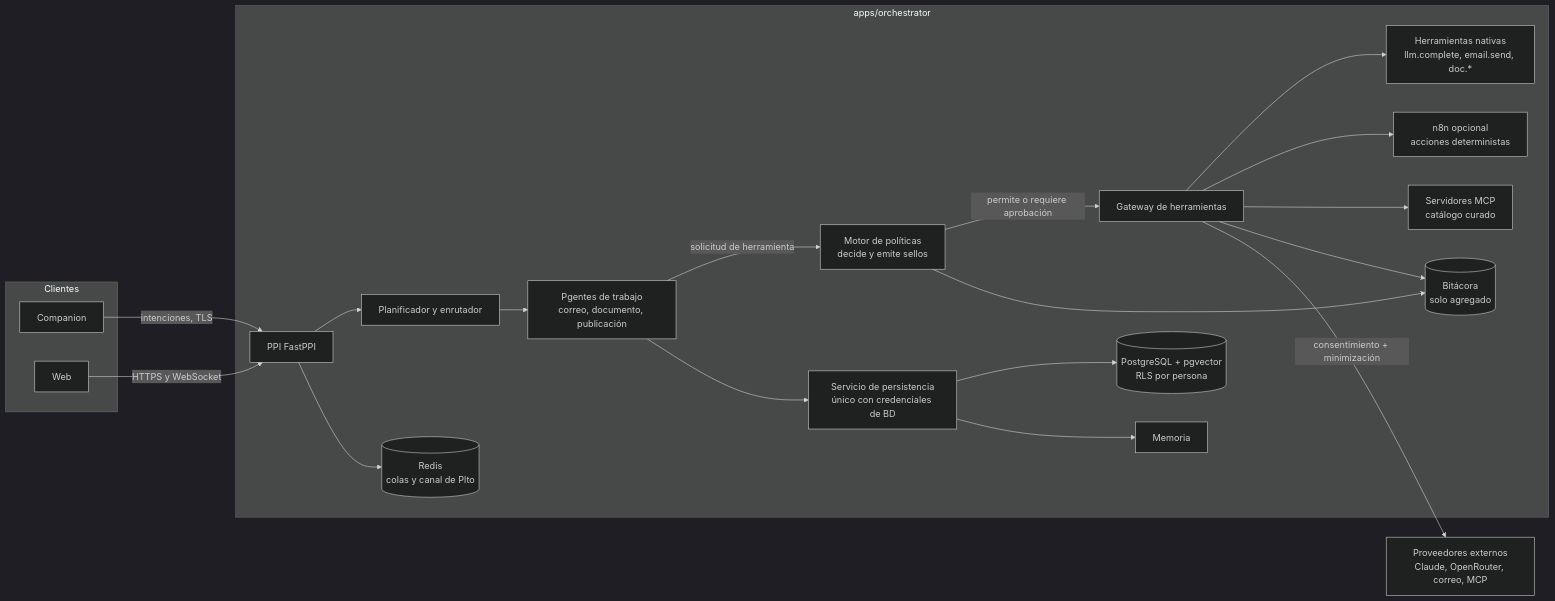
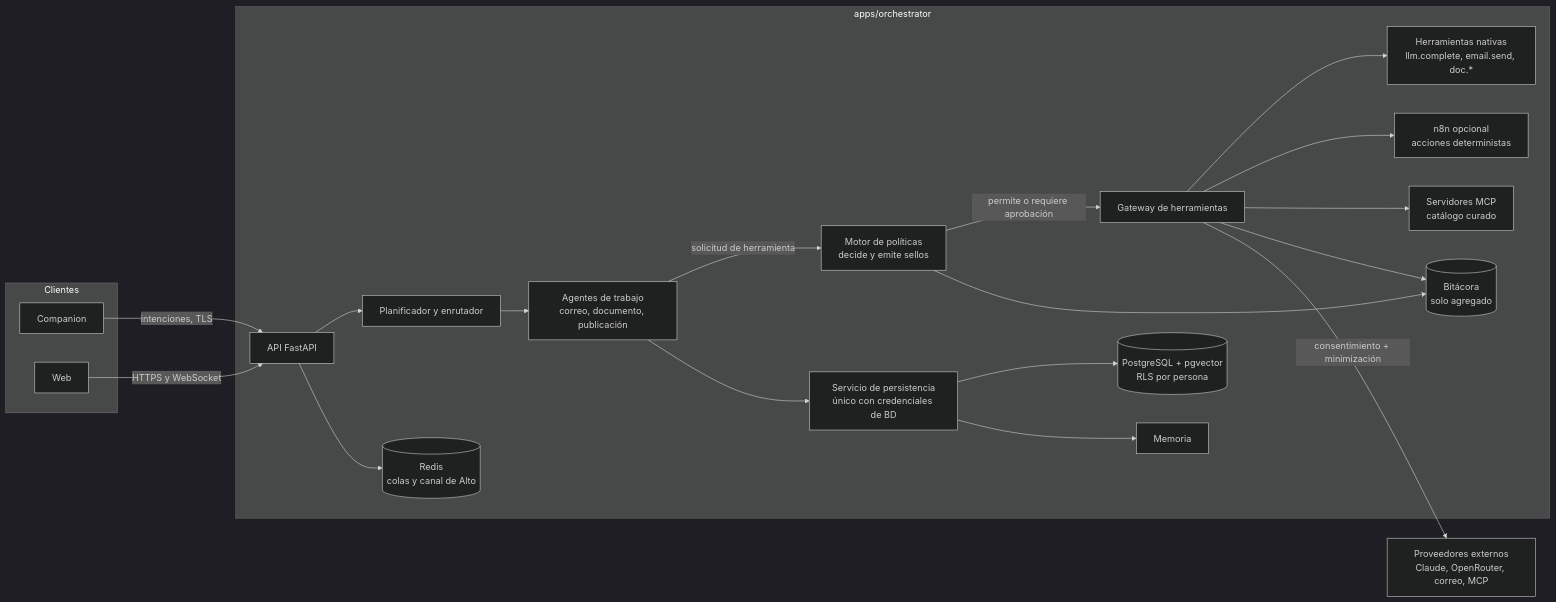
One commit to Sacost586swag/CoalsenseDispatch changed the first of 4 diagrams in .kiro/specs/02-orquestador-y-agentes/design.md. Above: the diagram before and after it, drawn with Mermaid (dark theme). The commit also changed other lines of this file and 6 other files, not shown here.

````diff
--- a/.kiro/specs/02-orquestador-y-agentes/design.md
+++ b/.kiro/specs/02-orquestador-y-agentes/design.md
@@ -15,25 +15,25 @@
 ```mermaid
 flowchart LR
   subgraph Clientes
     CMP[Companion]
     WEB[Web]
   end
-  CMP -->|"intenciones, TLS"| PPI
-  WEB -->|"HTTPS y WebSocket"| PPI
+  CMP -->|"intenciones, TLS"| API
+  WEB -->|"HTTPS y WebSocket"| API
   subgraph Orquestador["apps/orchestrator"]
-    PPI[PPI FastPPI] --> PLN["Planificador y enrutador"]
-    PLN --> PGT["Pgentes de trabajo<br/>correo, documento, publicación"]
-    PGT -->|"solicitud de herramienta"| POL["Motor de políticas<br/>decide y emite sellos"]
+    API[API FastAPI] --> PLN["Planificador y enrutador"]
+    PLN --> AGT["Agentes de trabajo<br/>correo, documento, publicación"]
+    AGT -->|"solicitud de herramienta"| POL["Motor de políticas<br/>decide y emite sellos"]
     POL -->|"permite o requiere aprobación"| GW["Gateway de herramientas"]
-    GW --> NPT["Herramientas nativas<br/>llm.complete, email.send, doc.*"]
+    GW --> NAT["Herramientas nativas<br/>llm.complete, email.send, doc.*"]
     GW --> N8N["n8n opcional<br/>acciones deterministas"]
     GW --> MCP["Servidores MCP<br/>catálogo curado"]
-    PGT --> PERS["Servicio de persistencia<br/>único con credenciales de BD"]
-    POL --> PUD[("Bitácora<br/>solo agregado")]
-    GW --> PUD
+    AGT --> PERS["Servicio de persistencia<br/>único con credenciales de BD"]
+    POL --> AUD[("Bitácora<br/>solo agregado")]
+    GW --> AUD
     PERS --> DB[("PostgreSQL + pgvector<br/>RLS por persona")]
     PERS --> MEM[Memoria]
-    PPI --> RED[("Redis<br/>colas y canal de Plto")]
+    API --> RED[("Redis<br/>colas y canal de Alto")]
   end
   GW -->|"consentimiento + minimización"| EXT["Proveedores externos<br/>Claude, OpenRouter, correo, MCP"]
 ```
````
